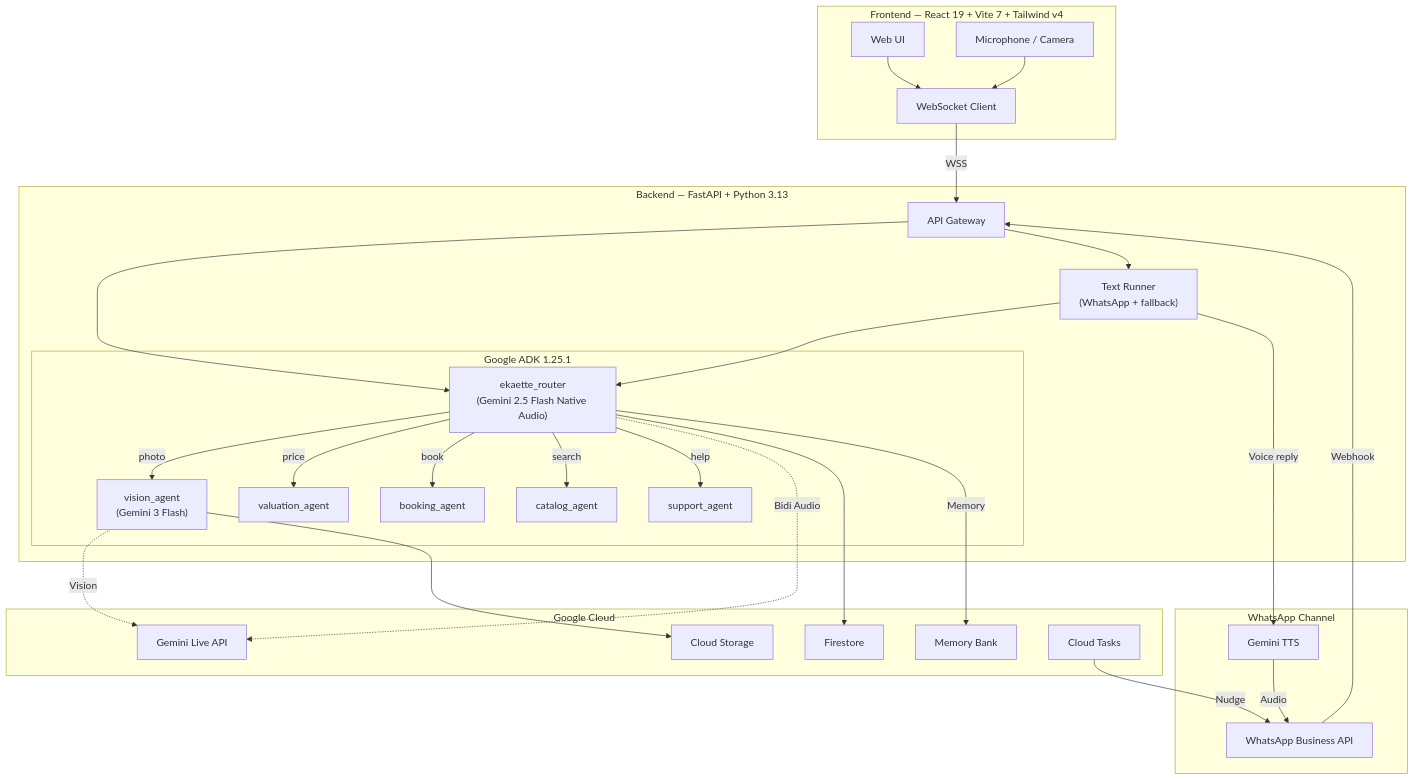
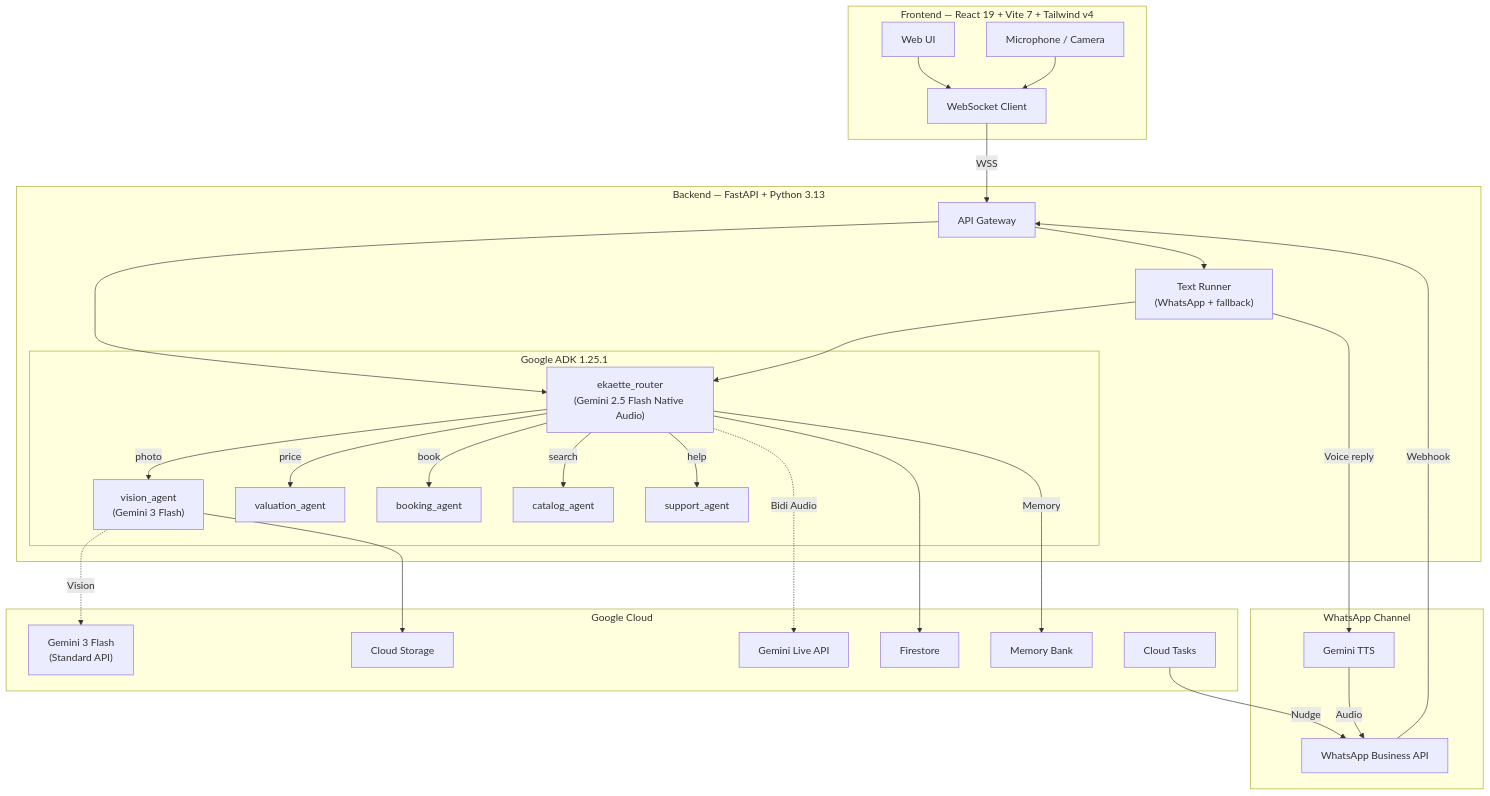
Before and after one commit to ogabasseyy/ekaette: the diagram in README.md, drawn with Mermaid. The commit also changed other lines of this file and 3 other files, not shown here.

Commit message:
Fix vision_agent diagram edge (Standard API, not Live), remove hardcoded test counts

````diff
--- a/README.md
+++ b/README.md
@@ -60,55 +60,56 @@
 ```mermaid
 graph TB
     subgraph "Frontend — React 19 + Vite 7 + Tailwind v4"
         UI["Web UI"]
         WS["WebSocket Client"]
         MIC["Microphone / Camera"]
     end
 
     subgraph "WhatsApp Channel"
         WA["WhatsApp Business API"]
         TTS["Gemini TTS"]
     end
 
     subgraph "Backend — FastAPI + Python 3.13"
         GW["API Gateway"]
         subgraph "Google ADK 1.25.1"
             ROOT["ekaette_router<br/>(Gemini 2.5 Flash Native Audio)"]
             VA["vision_agent<br/>(Gemini 3 Flash)"]
             VLA["valuation_agent"]
             BA["booking_agent"]
             CA["catalog_agent"]
             SA["support_agent"]
         end
         TR["Text Runner<br/>(WhatsApp + fallback)"]
     end
 
     subgraph "Google Cloud"
         LIVE["Gemini Live API"]
+        G3F["Gemini 3 Flash<br/>(Standard API)"]
         FS["Firestore"]
         CS["Cloud Storage"]
         MB["Memory Bank"]
         CT["Cloud Tasks"]
     end
 
     UI --> WS
     MIC --> WS
     WS -->|"WSS"| GW
     WA -->|"Webhook"| GW
     GW --> ROOT
     GW --> TR
     TR --> ROOT
     ROOT -->|"photo"| VA
     ROOT -->|"price"| VLA
     ROOT -->|"book"| BA
     ROOT -->|"search"| CA
     ROOT -->|"help"| SA
     ROOT -.->|"Bidi Audio"| LIVE
-    VA -.->|"Vision"| LIVE
+    VA -.->|"Vision"| G3F
     ROOT --> FS
     VA --> CS
     ROOT -->|"Memory"| MB
     TR -->|"Voice reply"| TTS
     TTS -->|"Audio"| WA
     CT -->|"Nudge"| WA
 ```
````
